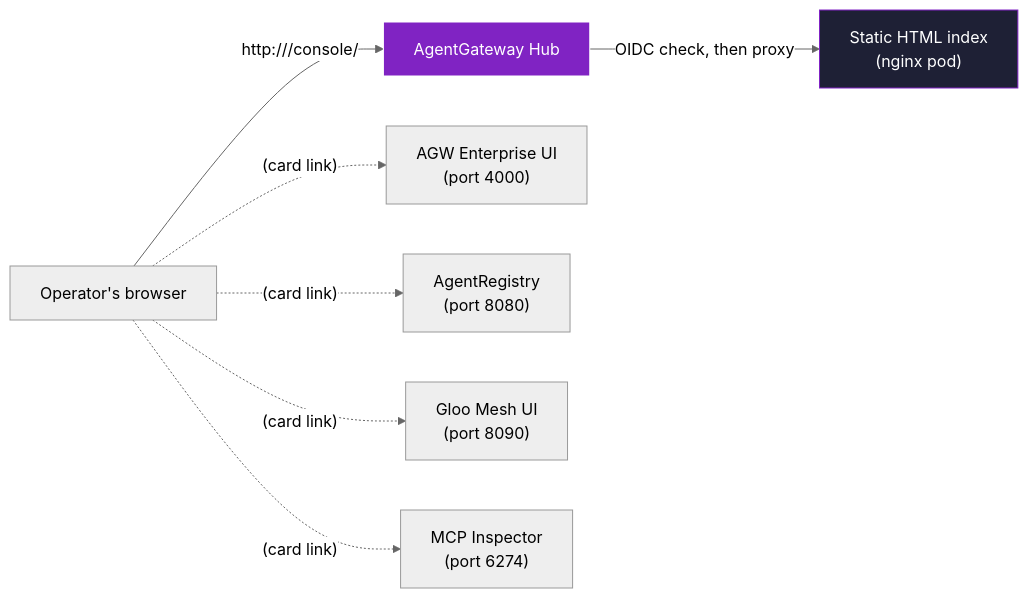
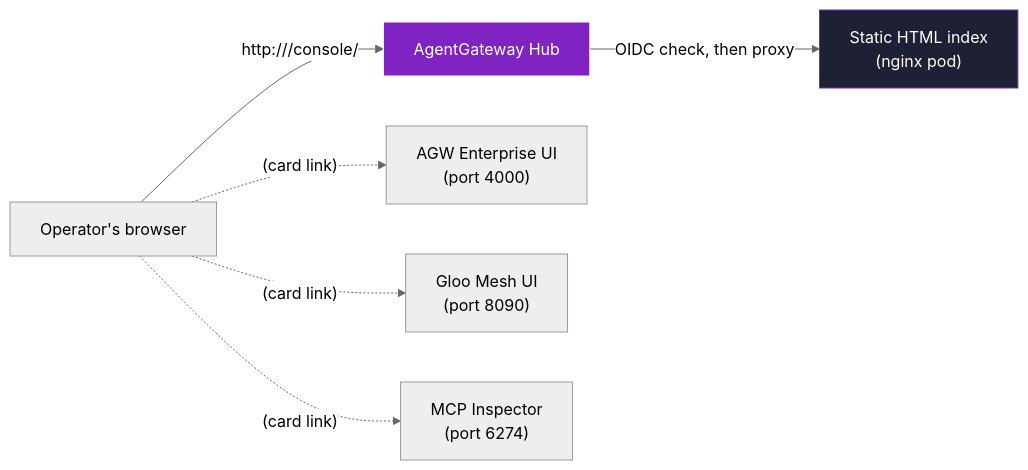
One commit to jamesilse-solo/agentgateway-multicluster-mcp-demo changed the diagram in examples/07-unified-console.md. Above: the diagram before and after it, drawn with Mermaid (neutral theme). The commit also changed other lines of this file and 21 other files, not shown here.

First line of the commit message:
chore: scrub AgentRegistry from scripts, demo, examples, POC docs

````diff
--- a/examples/07-unified-console.md
+++ b/examples/07-unified-console.md
@@ -17,20 +17,18 @@
 ```mermaid
 flowchart LR
     User["Operator's browser"]
     AGW["AgentGateway Hub"]
     Console["Static HTML index<br/>(nginx pod)"]
     UI1["AGW Enterprise UI<br/>(port 4000)"]
-    UI2["AgentRegistry<br/>(port 8080)"]
-    UI3["Gloo Mesh UI<br/>(port 8090)"]
-    UI4["MCP Inspector<br/>(port 6274)"]
+    UI2["Gloo Mesh UI<br/>(port 8090)"]
+    UI3["MCP Inspector<br/>(port 6274)"]
 
     User -- "http://<lb>/console/" --> AGW
     AGW -- "OIDC check, then proxy" --> Console
     User -. "(card link)" .-> UI1
     User -. "(card link)" .-> UI2
     User -. "(card link)" .-> UI3
-    User -. "(card link)" .-> UI4
 
     style AGW fill:#8023C3,stroke:#fff,color:#fff
     style Console fill:#1E2035,stroke:#8023C3,color:#fff
 ```
````
